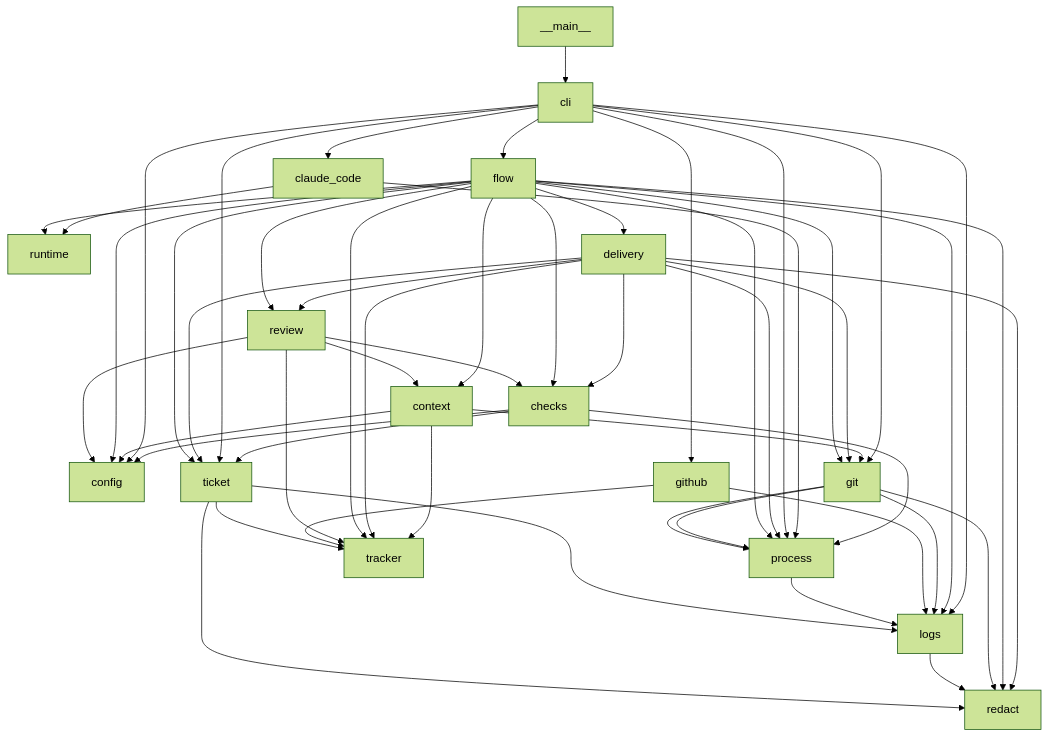
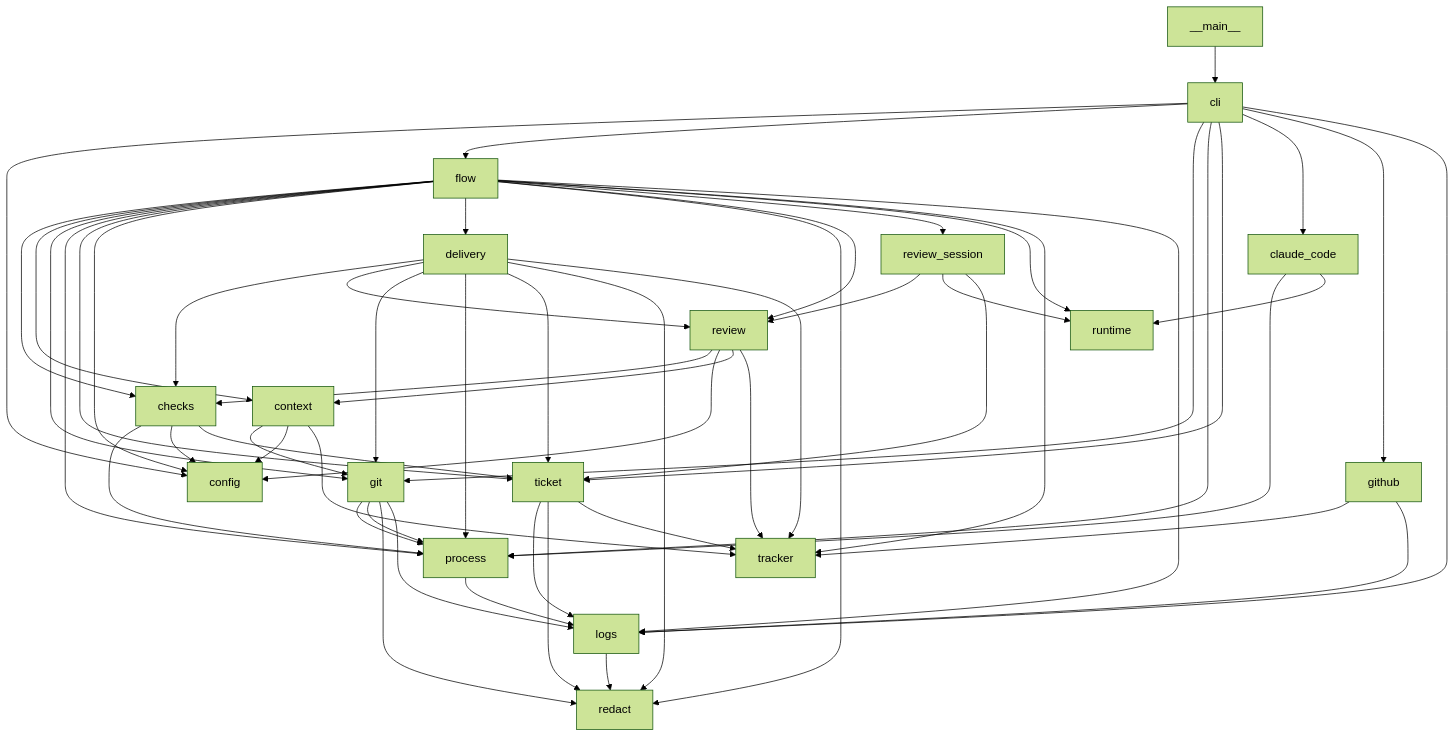
One commit to plaplanche/ariane changed the first of 2 diagrams in docs/architecture/3-components.md. Above: the diagram before and after it, drawn with Mermaid (forest theme). The commit also changed other lines of this file and 23 other files, not shown here.

````diff
--- a/docs/architecture/3-components.md
+++ b/docs/architecture/3-components.md
@@ -8,54 +8,58 @@
 ```mermaid
 flowchart TD
   __main__ --> cli
   checks --> process
   checks --> config
   checks --> ticket
   claude_code --> process
   claude_code --> runtime
   cli --> config
   cli --> flow
   cli --> git
   cli --> process
   cli --> ticket
   cli --> claude_code
   cli --> github
   context --> git
   context --> config
   context --> tracker
   delivery --> checks
   delivery --> review
   delivery --> git
   delivery --> process
   delivery --> ticket
   delivery --> redact
   delivery --> tracker
   flow --> checks
   flow --> context
   flow --> git
   flow --> process
   flow --> ticket
   flow --> config
   flow --> delivery
   flow --> redact
   flow --> review
+  flow --> review_session
   flow --> runtime
   flow --> tracker
   git --> process
+  review_session --> review
+  review_session --> runtime
+  review_session --> ticket
   review --> checks
   review --> config
   review --> context
   review --> tracker
   git --> process
   git --> redact
   github --> tracker
   logs --> redact
   cli --> logs
   flow --> logs
   git --> logs
   github --> logs
   process --> logs
   ticket --> logs
   ticket --> redact
   ticket --> tracker
 ```
````
